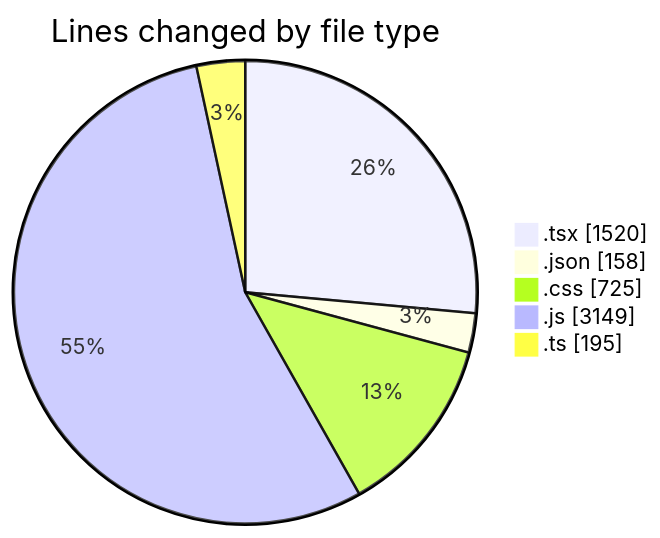
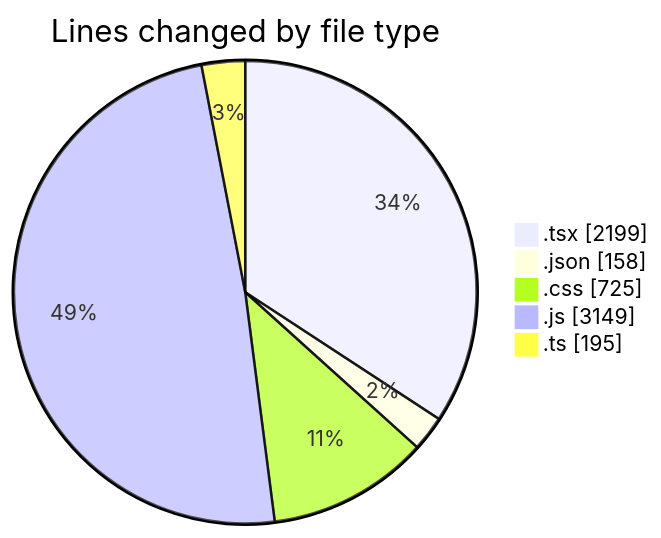
One commit to Elitesun/code-tracking changed the first of 2 diagrams in 2025-05-15/laala_boost/README.md. Above: the diagram before and after it, drawn with Mermaid. The commit also changed other lines of this file and 2 other files, not shown here.

````diff
--- a/2025-05-15/laala_boost/README.md
+++ b/2025-05-15/laala_boost/README.md
@@ -36,9 +38,9 @@
 ```mermaid
 pie showData
 title Lines changed by file type
-".tsx" : 1520
+".tsx" : 2199
 ".json" : 158
 ".css" : 725
 ".js" : 3149
 ".ts" : 195
 ```
````
